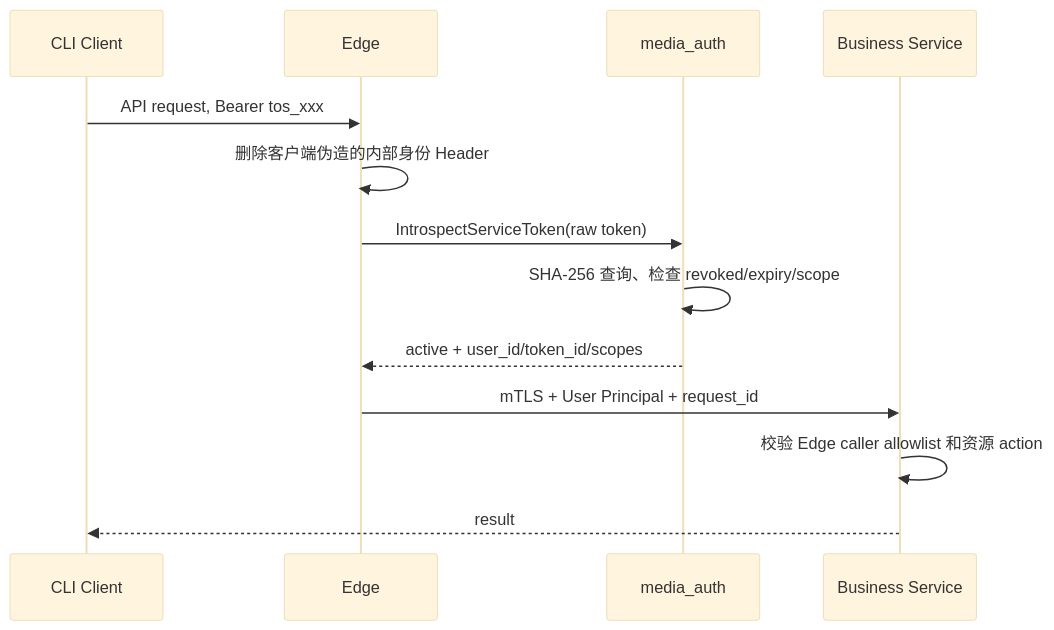
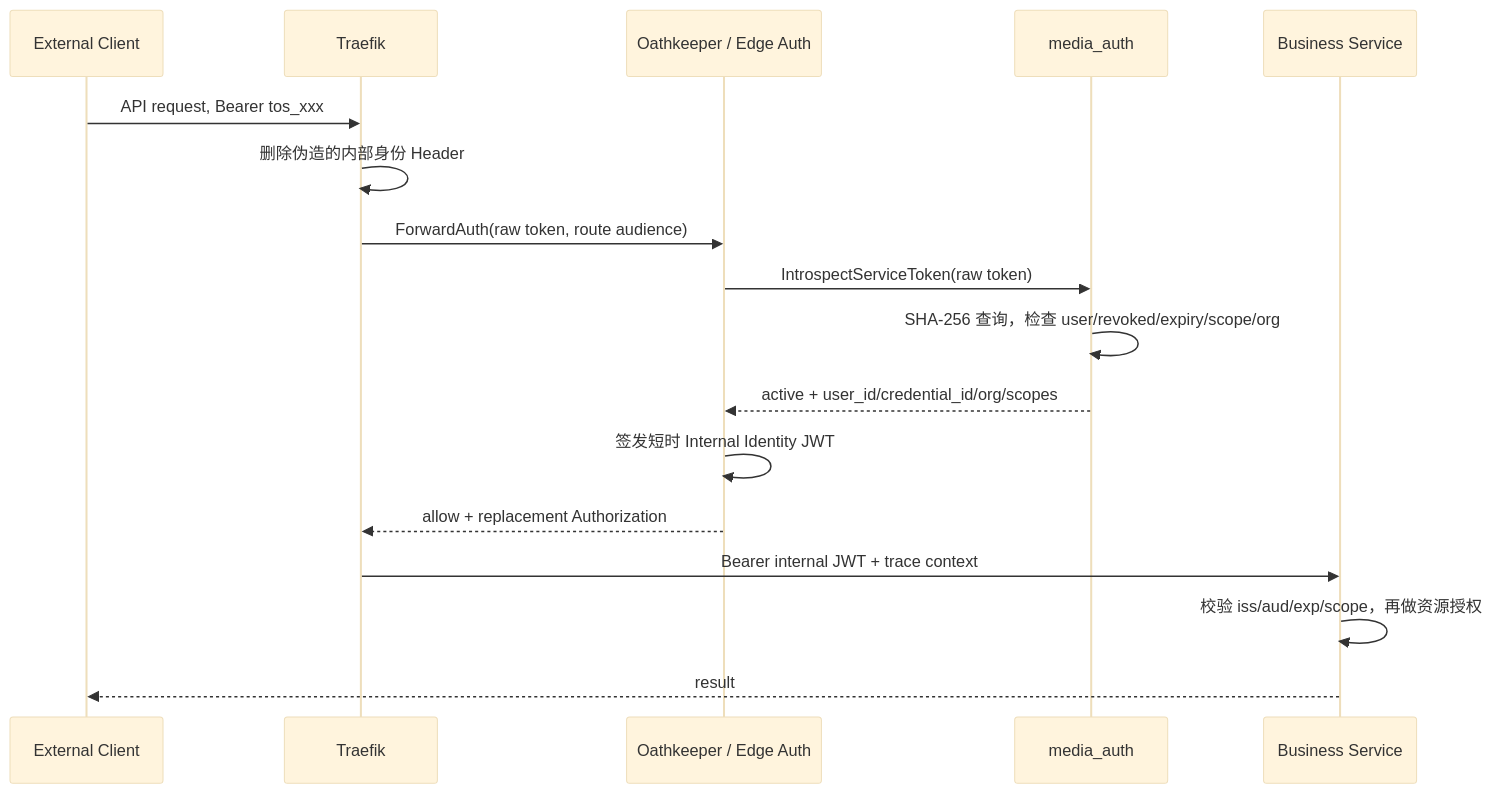
The diagram in docs/ddd/workflow/0001-service-token-verification.md (hotttao/media_agent), drawn with Mermaid (base theme) before and after one commit. The commit also changed other lines of this file and 22 other files, not shown here.

````diff
--- a/docs/ddd/workflow/0001-service-token-verification.md
+++ b/docs/ddd/workflow/0001-service-token-verification.md
@@ -12,15 +12,19 @@
 ```mermaid
 sequenceDiagram
-    participant C as CLI Client
-    participant E as Edge
+    participant C as External Client
+    participant T as Traefik
+    participant E as Oathkeeper / Edge Auth
     participant A as media_auth
     participant B as Business Service
-    C->>E: API request, Bearer tos_xxx
-    E->>E: 删除客户端伪造的内部身份 Header
+    C->>T: API request, Bearer tos_xxx
+    T->>T: 删除伪造的内部身份 Header
+    T->>E: ForwardAuth(raw token, route audience)
     E->>A: IntrospectServiceToken(raw token)
-    A->>A: SHA-256 查询、检查 revoked/expiry/scope
-    A-->>E: active + user_id/token_id/scopes
-    E->>B: mTLS + User Principal + request_id
-    B->>B: 校验 Edge caller allowlist 和资源 action
+    A->>A: SHA-256 查询，检查 user/revoked/expiry/scope/org
+    A-->>E: active + user_id/credential_id/org/scopes
+    E->>E: 签发短时 Internal Identity JWT
+    E-->>T: allow + replacement Authorization
+    T->>B: Bearer internal JWT + trace context
+    B->>B: 校验 iss/aud/exp/scope，再做资源授权
     B-->>C: result
 ```
````
